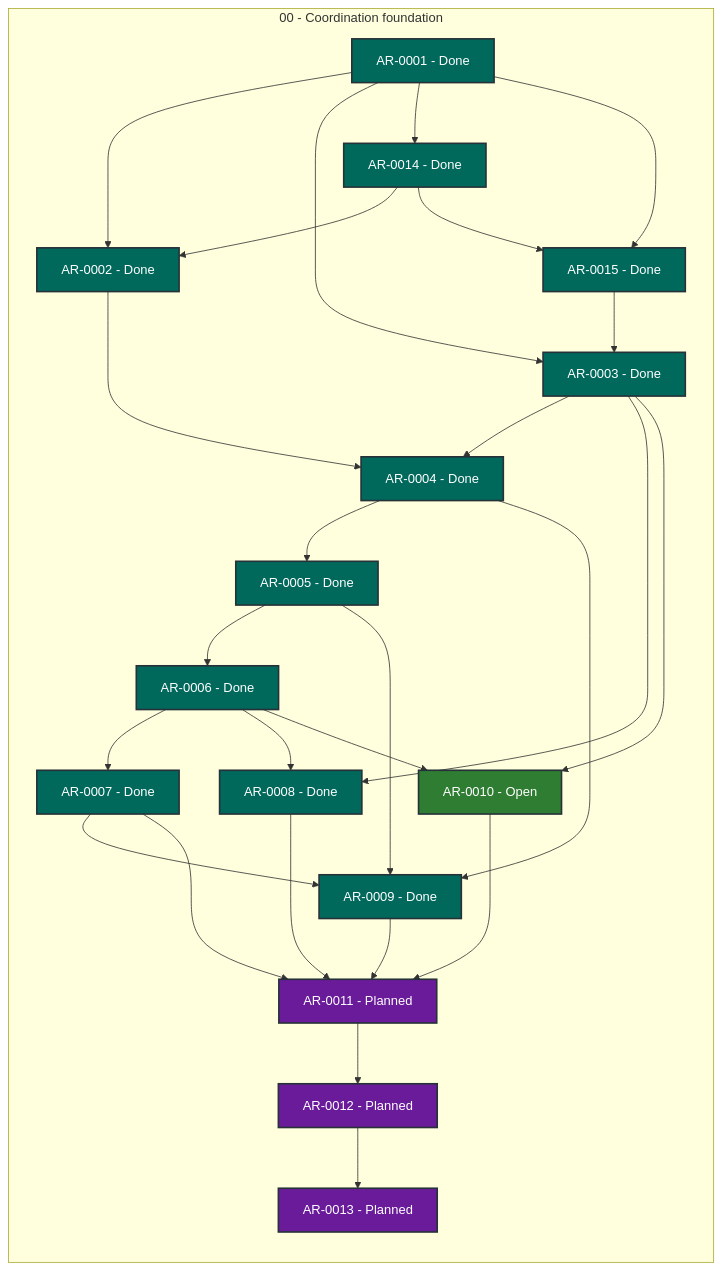
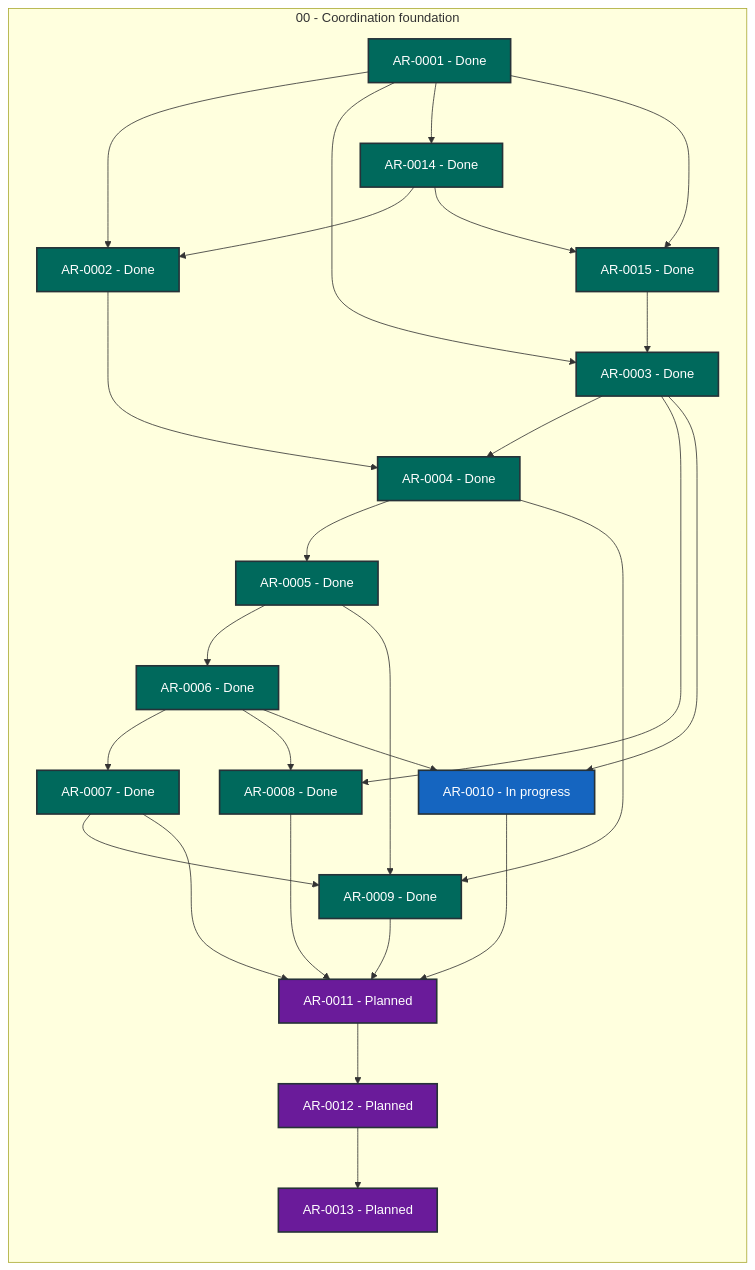
One commit to martin-beck/agent-workflow-tui-state changed the diagram in STATUS.md. Above: the diagram before and after it, drawn with Mermaid. The commit also changed other lines of this file and 2 other files, not shown here.

````diff
--- a/STATUS.md
+++ b/STATUS.md
@@ -27,54 +27,54 @@
 ```mermaid
 flowchart LR
     subgraph series_00["00 - Coordination foundation"]
         direction TB
         AR_0001["AR-0001 - Done"]:::status_done
         AR_0002["AR-0002 - Done"]:::status_done
         AR_0003["AR-0003 - Done"]:::status_done
         AR_0004["AR-0004 - Done"]:::status_done
         AR_0005["AR-0005 - Done"]:::status_done
         AR_0006["AR-0006 - Done"]:::status_done
         AR_0007["AR-0007 - Done"]:::status_done
         AR_0008["AR-0008 - Done"]:::status_done
         AR_0009["AR-0009 - Done"]:::status_done
-        AR_0010["AR-0010 - Open"]:::status_open
+        AR_0010["AR-0010 - In progress"]:::status_in_progress
         AR_0011["AR-0011 - Planned"]:::status_planned
         AR_0012["AR-0012 - Planned"]:::status_planned
         AR_0013["AR-0013 - Planned"]:::status_planned
         AR_0014["AR-0014 - Done"]:::status_done
         AR_0015["AR-0015 - Done"]:::status_done
     end
     AR_0001 --> AR_0002
     AR_0001 --> AR_0003
     AR_0001 --> AR_0014
     AR_0001 --> AR_0015
     AR_0002 --> AR_0004
     AR_0003 --> AR_0004
     AR_0003 --> AR_0008
     AR_0003 --> AR_0010
     AR_0004 --> AR_0005
     AR_0004 --> AR_0009
     AR_0005 --> AR_0006
     AR_0005 --> AR_0009
     AR_0006 --> AR_0007
     AR_0006 --> AR_0008
     AR_0006 --> AR_0010
     AR_0007 --> AR_0009
     AR_0007 --> AR_0011
     AR_0008 --> AR_0011
     AR_0009 --> AR_0011
     AR_0010 --> AR_0011
     AR_0011 --> AR_0012
     AR_0012 --> AR_0013
     AR_0014 --> AR_0002
     AR_0014 --> AR_0015
     AR_0015 --> AR_0003
     classDef status_in_progress fill:#1565c0,color:#ffffff,stroke:#263238,stroke-width:2px
     classDef status_open fill:#2e7d32,color:#ffffff,stroke:#263238,stroke-width:2px
     classDef status_blocked fill:#c62828,color:#ffffff,stroke:#263238,stroke-width:2px
     classDef status_planned fill:#6a1b9a,color:#ffffff,stroke:#263238,stroke-width:2px
     classDef status_future fill:#455a64,color:#ffffff,stroke:#263238,stroke-width:2px
     classDef status_done fill:#00695c,color:#ffffff,stroke:#263238,stroke-width:2px
     classDef status_cancelled fill:#616161,color:#ffffff,stroke:#263238,stroke-width:2px
     classDef status_superseded fill:#5d4037,color:#ffffff,stroke:#263238,stroke-width:2px
 ```
````
